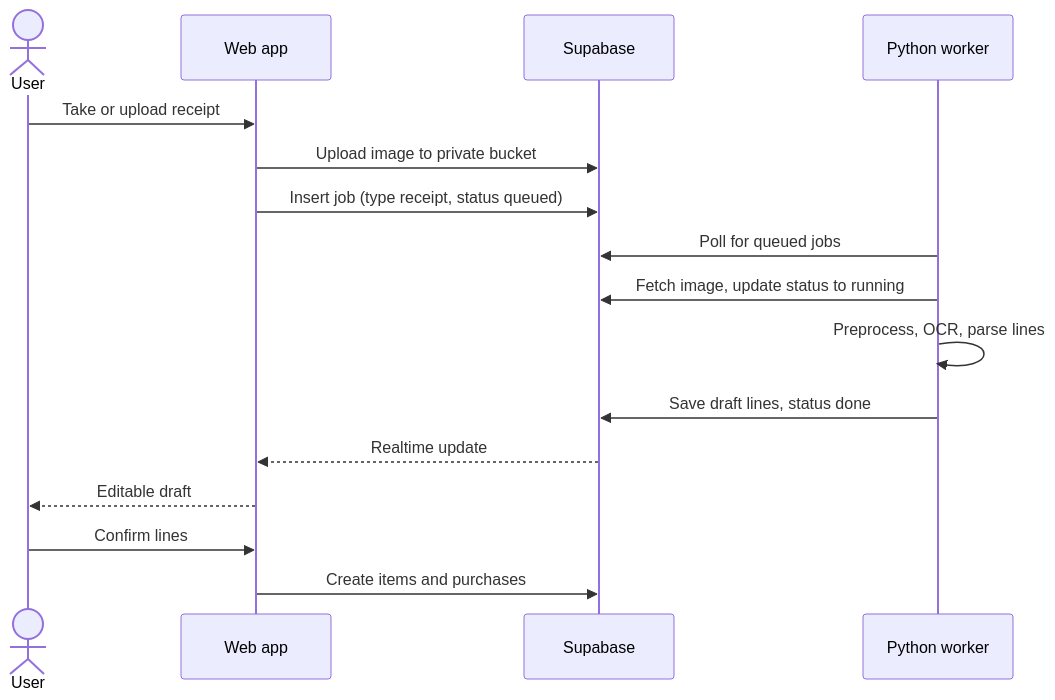
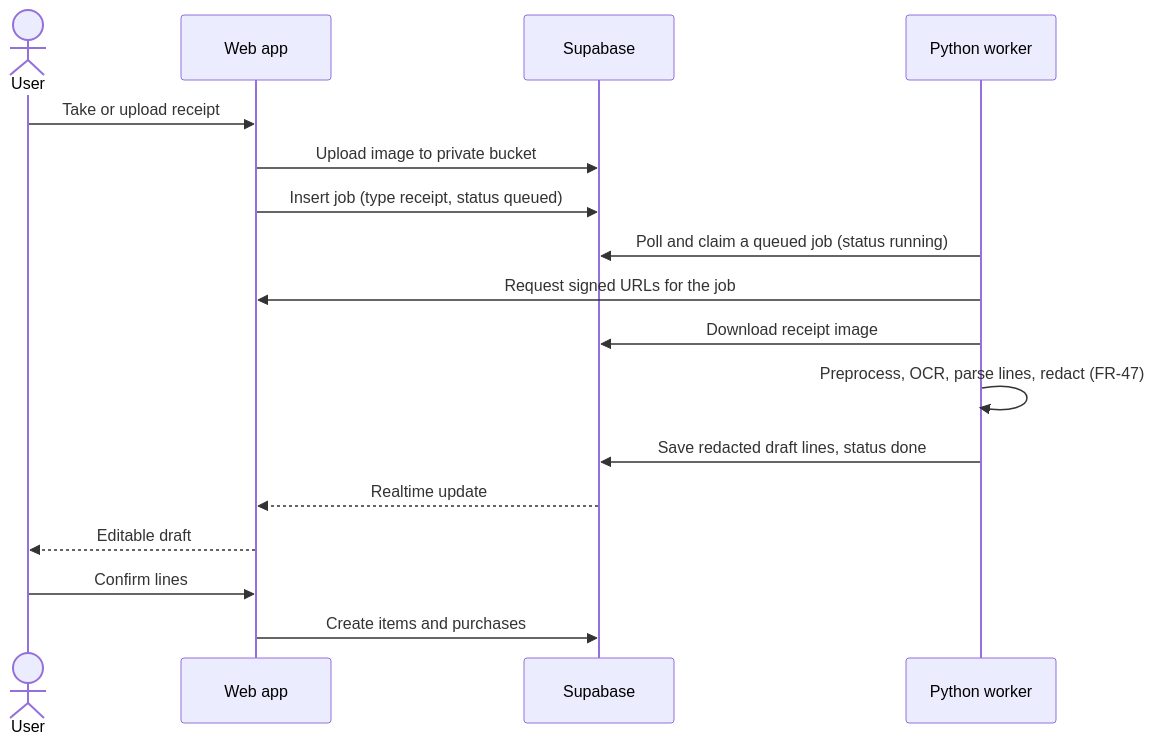
One commit to ambarishsengupta/sparta changed the second of 4 diagrams in docs/HLD.md. Above: the diagram before and after it, drawn with Mermaid. The commit also changed other lines of this file and 12 other files, not shown here.

````diff
--- a/docs/HLD.md
+++ b/docs/HLD.md
@@ -90,18 +92,19 @@
 ```mermaid
 sequenceDiagram
   actor U as User
   participant W as Web app
   participant S as Supabase
   participant P as Python worker
   U->>W: Take or upload receipt
   W->>S: Upload image to private bucket
   W->>S: Insert job (type receipt, status queued)
-  P->>S: Poll for queued jobs
-  P->>S: Fetch image, update status to running
-  P->>P: Preprocess, OCR, parse lines
-  P->>S: Save draft lines, status done
+  P->>S: Poll and claim a queued job (status running)
+  P->>W: Request signed URLs for the job
+  P->>S: Download receipt image
+  P->>P: Preprocess, OCR, parse lines, redact (FR-47)
+  P->>S: Save redacted draft lines, status done
   S-->>W: Realtime update
   W-->>U: Editable draft
   U->>W: Confirm lines
   W->>S: Create items and purchases
 ```
````
